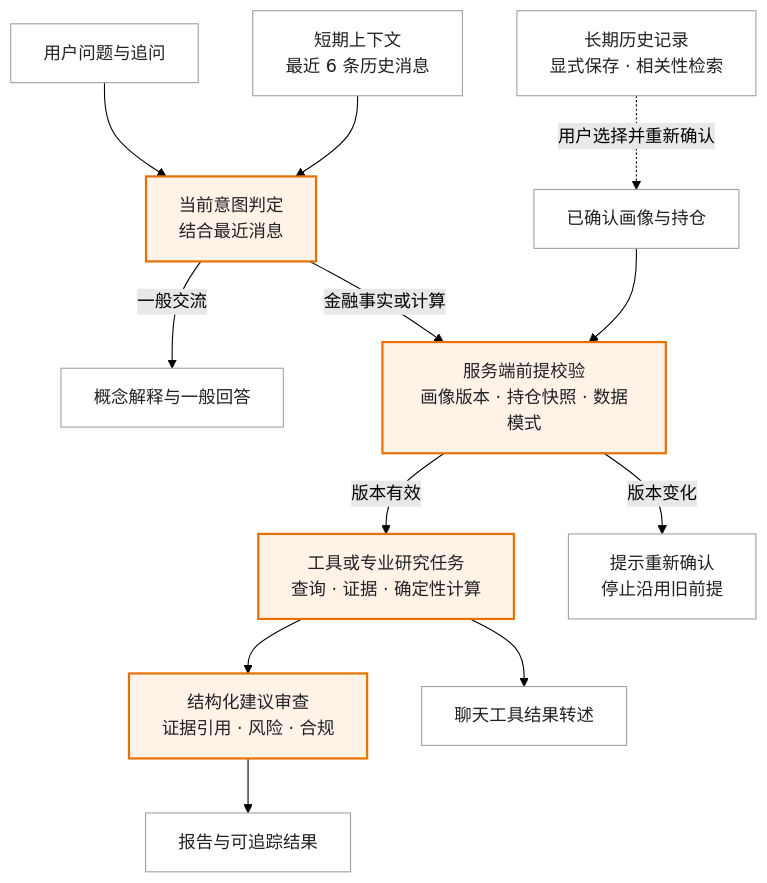
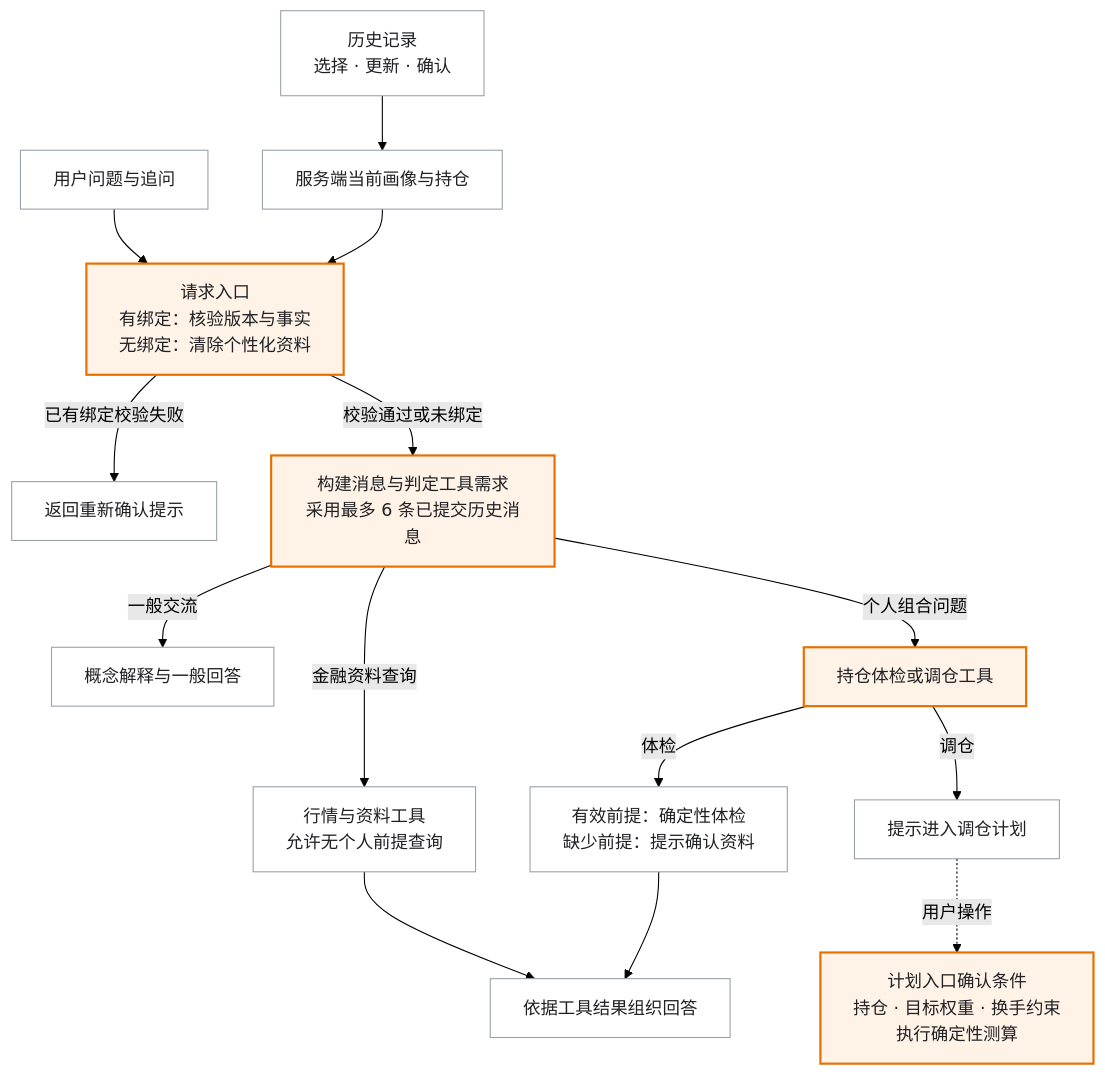
One commit to 1917173927/prism changed the diagram in docs/submission/figures/context-dataflow.mmd. Above: the diagram before and after it, drawn with Mermaid (forest theme). The commit also changed 7 other files, not shown here.

```diff
--- a/docs/submission/figures/context-dataflow.mmd
+++ b/docs/submission/figures/context-dataflow.mmd
@@ -1,16 +1,18 @@
 flowchart TD
-  user["用户问题与追问"] --> route["当前意图判定<br/>结合最近消息"]
-  recent["短期上下文<br/>最近 6 条历史消息"] --> route
+  user["用户问题与追问"] --> entry["请求入口<br/>有绑定：核验版本与事实<br/>无绑定：清除个性化资料"]
+  saved["历史记录<br/>选择 · 更新 · 确认"] --> profile["服务端当前画像与持仓"]
+  profile --> entry
+  entry -->|已有绑定校验失败| confirm["返回重新确认提示"]
+  entry -->|校验通过或未绑定| route["构建消息与判定工具需求<br/>采用最多 6 条已提交历史消息"]
   route -->|一般交流| general["概念解释与一般回答"]
-  route -->|金融事实或计算| lock["服务端前提校验<br/>画像版本 · 持仓快照 · 数据模式"]
-  profile["已确认画像与持仓"] --> lock
-  saved["长期历史记录<br/>显式保存 · 相关性检索"] -.->|用户选择并重新确认| profile
-  lock -->|版本有效| tools["工具或专业研究任务<br/>查询 · 证据 · 确定性计算"]
-  lock -->|版本变化| confirm["提示重新确认<br/>停止沿用旧前提"]
-  tools --> review["结构化建议审查<br/>证据引用 · 风险 · 合规"]
-  review --> result["报告与可追踪结果"]
-  tools --> grounded["聊天工具结果转述"]
+  route -->|金融资料查询| market["行情与资料工具<br/>允许无个人前提查询"]
+  route -->|个人组合问题| personal["持仓体检或调仓工具"]
+  personal -->|体检| health["有效前提：确定性体检<br/>缺少前提：提示确认资料"]
+  personal -->|调仓| guide["提示进入调仓计划"]
+  guide -.->|用户操作| plan["计划入口确认条件<br/>持仓 · 目标权重 · 换手约束<br/>执行确定性测算"]
+  market --> grounded["依据工具结果组织回答"]
+  health --> grounded
   classDef accent fill:#fff3e8,stroke:#e86f00,color:#202124,stroke-width:2px
   classDef base fill:#ffffff,stroke:#9aa1aa,color:#202124
-  class route,lock,tools,review accent
-  class user,recent,general,profile,saved,confirm,result,grounded base
+  class entry,route,personal,plan accent
+  class user,general,profile,saved,confirm,market,health,guide,grounded base
```
